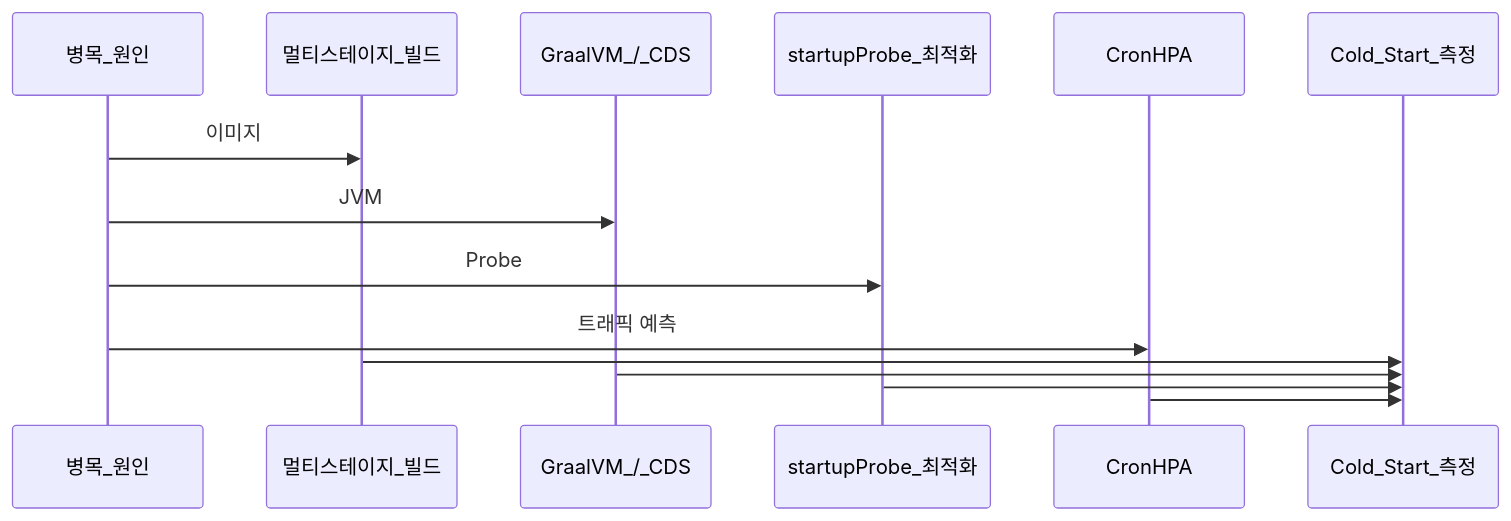
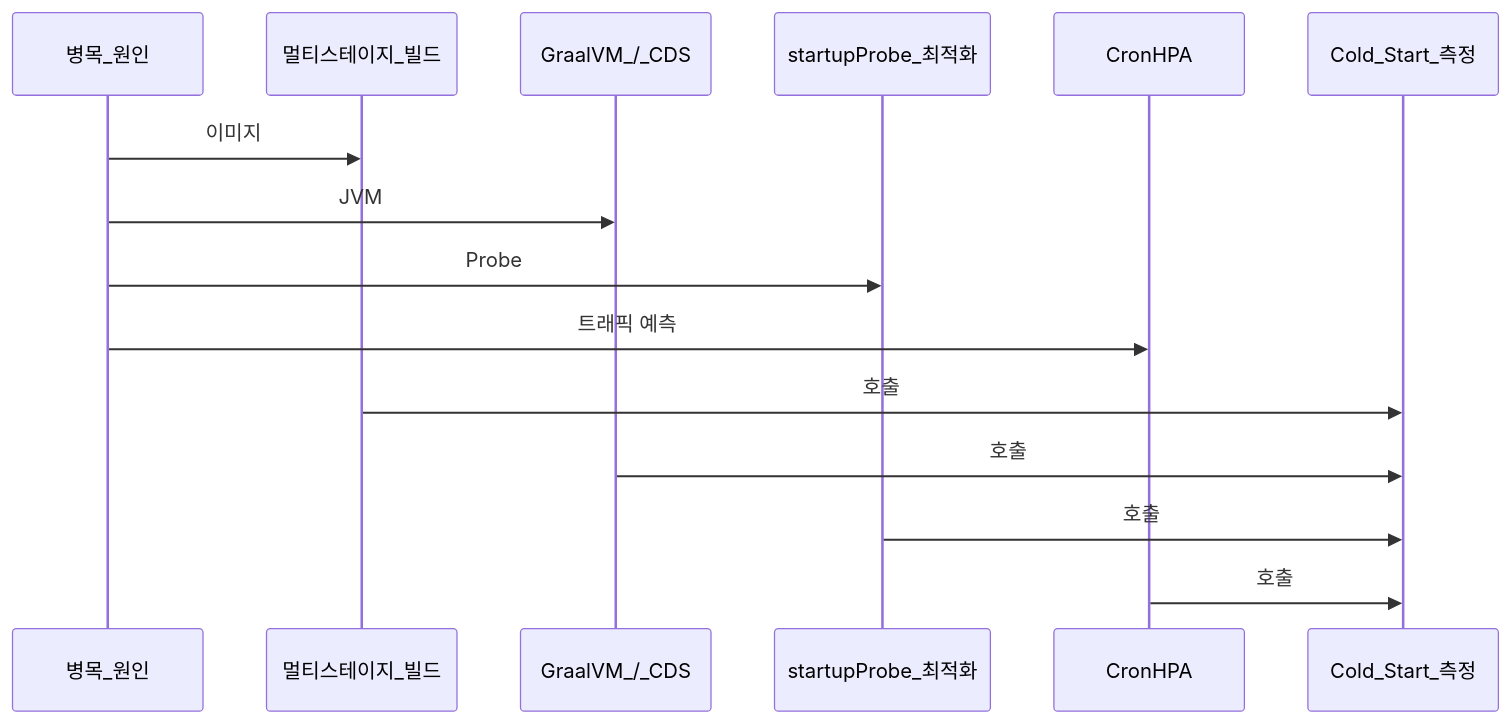
Before and after one commit to yjkim2015/yjkim2015.github.io: the fifth of 5 diagrams in _posts/cloud/2026-05-02-kubernetes-cold-start.md, drawn with Mermaid. The commit also changed 85 other files, not shown here.

First line of the commit message:
sequenceDiagram 문법 에러 2차 수정 169개 (86파일)

````diff
--- a/_posts/cloud/2026-05-02-kubernetes-cold-start.md
+++ b/_posts/cloud/2026-05-02-kubernetes-cold-start.md
@@ -512,11 +512,11 @@
 ```mermaid
 sequenceDiagram
     병목_원인->>멀티스테이지_빌드: 이미지
     병목_원인->>GraalVM_/_CDS: JVM
     병목_원인->>startupProbe_최적화: Probe
     병목_원인->>CronHPA: 트래픽 예측
-    멀티스테이지_빌드->>Cold_Start_측정:
-    GraalVM_/_CDS->>Cold_Start_측정:
-    startupProbe_최적화->>Cold_Start_측정:
-    CronHPA->>Cold_Start_측정:
+    멀티스테이지_빌드->>Cold_Start_측정: 호출
+    GraalVM_/_CDS->>Cold_Start_측정: 호출
+    startupProbe_최적화->>Cold_Start_측정: 호출
+    CronHPA->>Cold_Start_측정: 호출
 ```
````
